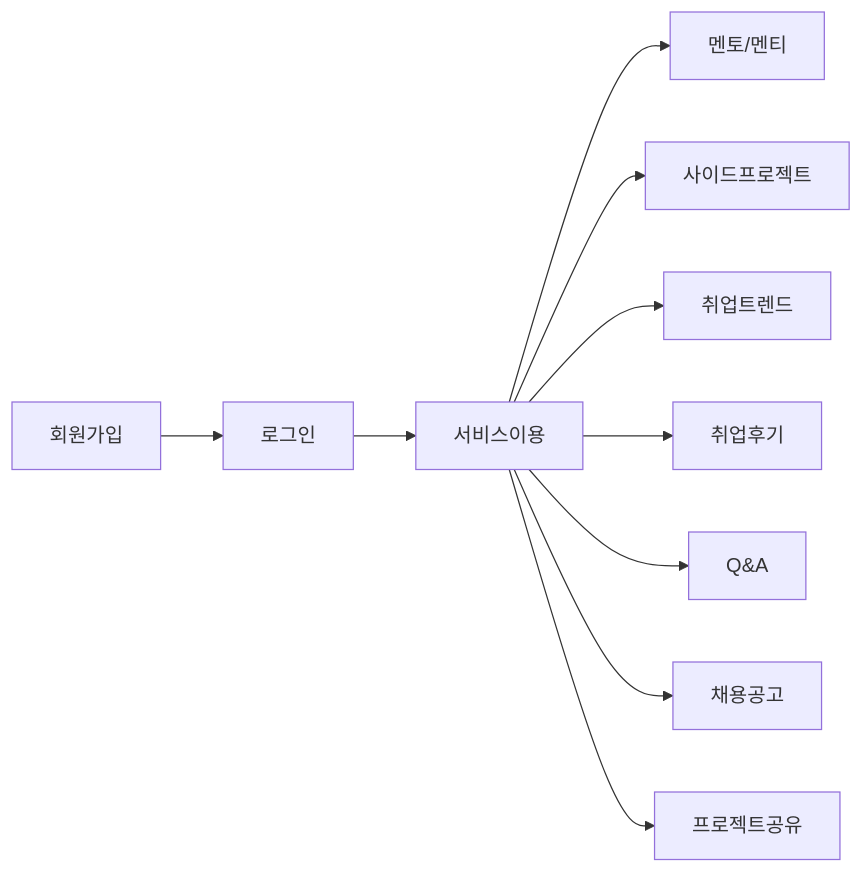
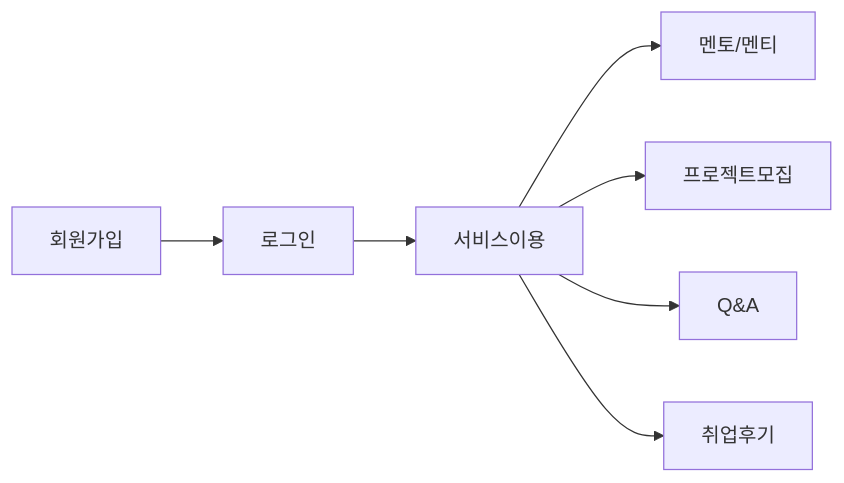
Before and after one commit to Hazel0c0/ddamddam-club-org: the third of 3 diagrams in docs/README.md, drawn with Mermaid. The commit also changed other lines of this file, not shown here.

````diff
--- a/docs/README.md
+++ b/docs/README.md
@@ -82,11 +110,8 @@
 ```mermaid
 flowchart LR
     회원가입 --> 로그인 --> 서비스이용
     서비스이용 --> 멘토/멘티
-    서비스이용 --> 사이드프로젝트
-    서비스이용 --> 취업트렌드
+    서비스이용 --> 프로젝트모집
+    서비스이용 --> Q&A
     서비스이용 --> 취업후기
-    서비스이용 --> Q&A
-    서비스이용 --> 채용공고
-    서비스이용 --> 프로젝트공유
 ```
````
